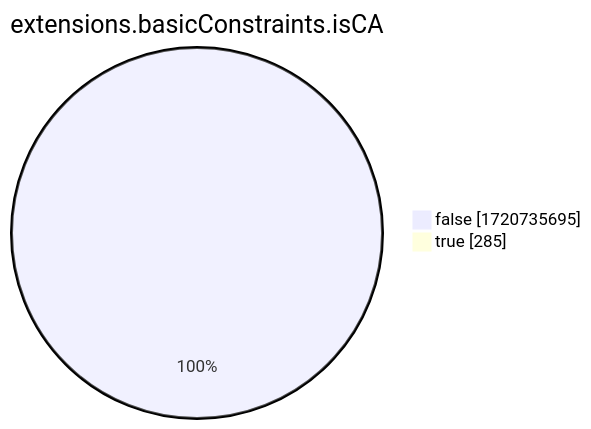
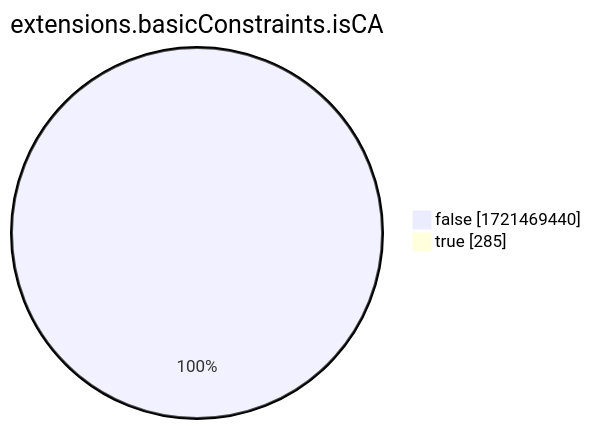
Before and after one commit to christiankrug/ctmonitor_visualization: the eighth of 15 diagrams in xenon2022/README.md, drawn with Mermaid. The commit also changed other lines of this file, not shown here.

````diff
--- a/xenon2022/README.md
+++ b/xenon2022/README.md
@@ -2866,6 +2866,6 @@
 ```mermaid
 pie showData
 title extensions.basicConstraints.isCA
-"false" :1720735695
+"false" :1721469440
 "true" :285
 ```
````
